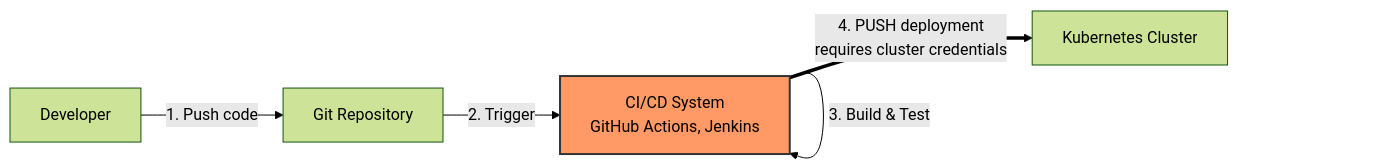
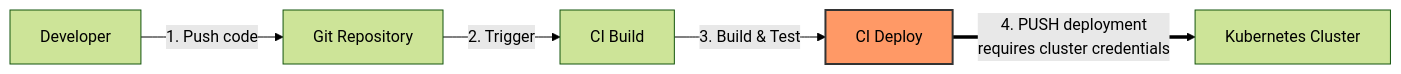
Before and after one commit to eislab-cps/m7011e: the first of 3 diagrams in 6-argocd-gitops/README.md, drawn with Mermaid (forest theme). The commit also changed other lines of this file, not shown here.

````diff
--- a/6-argocd-gitops/README.md
+++ b/6-argocd-gitops/README.md
@@ -19,9 +19,9 @@
 ```mermaid
 flowchart LR
     Dev[Developer] -->|1. Push code| Git[Git Repository]
-    Git -->|2. Trigger| CI[CI/CD System<br/>GitHub Actions, Jenkins]
-    CI -->|3. Build & Test| CI
-    CI ==>|4. PUSH deployment<br/>requires cluster credentials| K8s[Kubernetes Cluster]
+    Git -->|2. Trigger| Build[CI Build]
+    Build -->|3. Build & Test| Deploy[CI Deploy]
+    Deploy ==>|4. PUSH deployment<br/>requires cluster credentials| K8s[Kubernetes Cluster]
 
-    style CI fill:#f96,stroke:#333,stroke-width:2px
+    style Deploy fill:#f96,stroke:#333,stroke-width:2px
 ```
````
